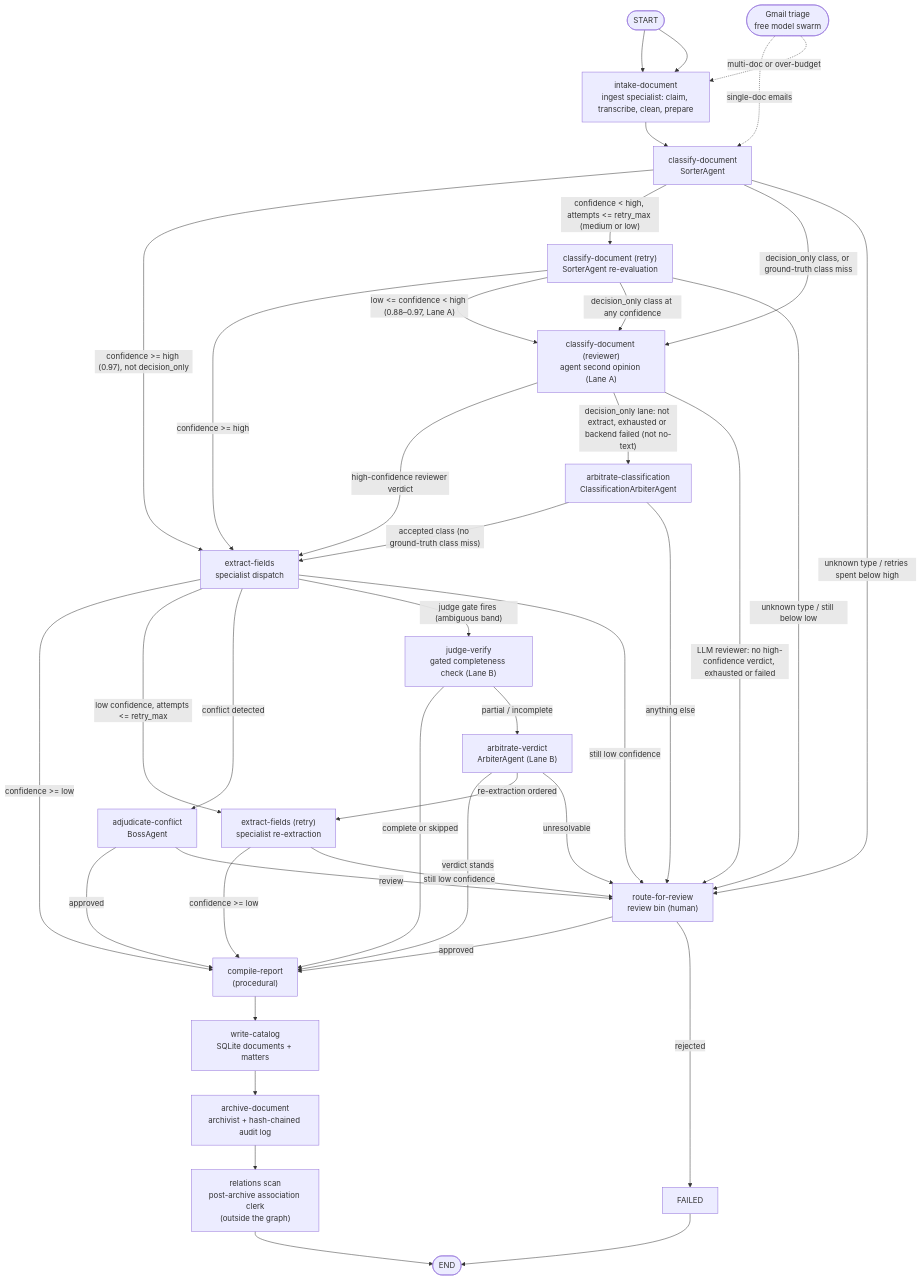
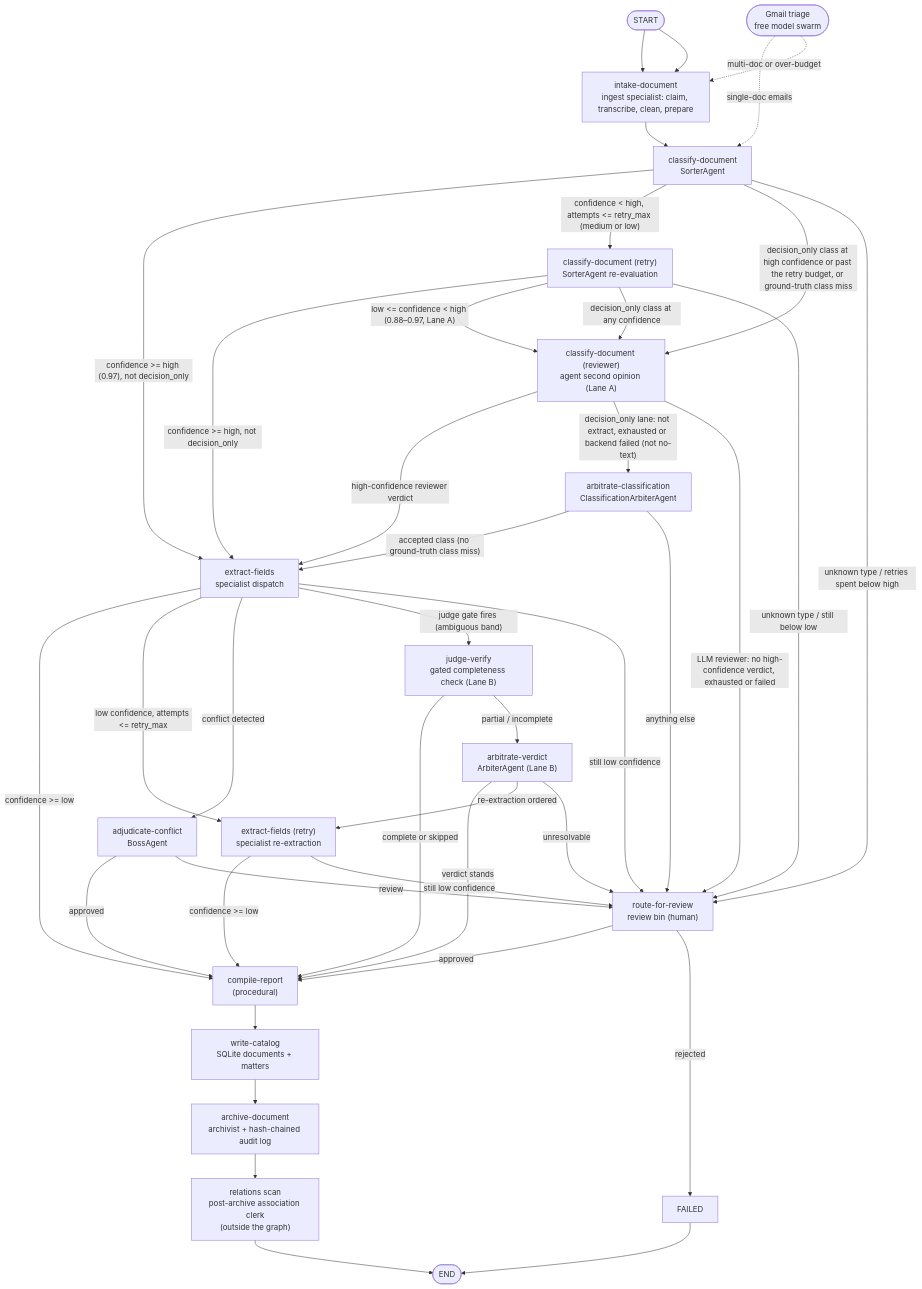
One commit to Exios66/llm-mailroom changed the first of 2 diagrams in README.md. Above: the diagram before and after it, drawn with Mermaid. The commit also changed 4 other files, not shown here.

Commit message:
docs: adversarial-review fixes (HCPCS changelog wording, happy-path scope, decision_only edges)

````diff
--- a/README.md
+++ b/README.md
@@ -285,62 +285,62 @@
 ```mermaid
 flowchart TD
     START([START]) --> INTAKE
 
     INTAKE["intake-document<br/>ingest specialist: claim, transcribe, clean, prepare"]
     CLASSIFY["classify-document<br/>SorterAgent"]
     RETRY_CLASS["classify-document (retry)<br/>SorterAgent re-evaluation"]
     REVIEW_CLASS["classify-document (reviewer)<br/>agent second opinion (Lane A)"]
     CLASS_ARBITER["arbitrate-classification<br/>ClassificationArbiterAgent"]
     EXTRACT["extract-fields<br/>specialist dispatch"]
     RETRY_EXTRACT["extract-fields (retry)<br/>specialist re-extraction"]
     JUDGE["judge-verify<br/>gated completeness check (Lane B)"]
     ARBITER["arbitrate-verdict<br/>ArbiterAgent (Lane B)"]
     BOSS["adjudicate-conflict<br/>BossAgent"]
     REVIEW["route-for-review<br/>review bin (human)"]
     REPORT["compile-report<br/>(procedural)"]
     CATALOG["write-catalog<br/>SQLite documents + matters"]
     ARCHIVE["archive-document<br/>archivist + hash-chained audit log"]
     RELATIONS["relations scan<br/>post-archive association clerk<br/>(outside the graph)"]
     FAILED["FAILED"]
     ENDX([END])
 
     START --> INTAKE
     INTAKE --> CLASSIFY
 
     CLASSIFY -- "confidence >= high (0.97), not decision_only" --> EXTRACT
     CLASSIFY -- "confidence < high, attempts <= retry_max (medium or low)" --> RETRY_CLASS
-    CLASSIFY -- "decision_only class, or ground-truth class miss" --> REVIEW_CLASS
+    CLASSIFY -- "decision_only class at high confidence or past the retry budget, or ground-truth class miss" --> REVIEW_CLASS
     CLASSIFY -- "unknown type / retries spent below high" --> REVIEW
-    RETRY_CLASS -- "confidence >= high" --> EXTRACT
+    RETRY_CLASS -- "confidence >= high, not decision_only" --> EXTRACT
     RETRY_CLASS -- "low <= confidence < high (0.88–0.97, Lane A)" --> REVIEW_CLASS
     RETRY_CLASS -- "decision_only class at any confidence" --> REVIEW_CLASS
     RETRY_CLASS -- "unknown type / still below low" --> REVIEW
     REVIEW_CLASS -- "high-confidence reviewer verdict" --> EXTRACT
     REVIEW_CLASS -- "decision_only lane: not extract, exhausted or backend failed (not no-text)" --> CLASS_ARBITER
     REVIEW_CLASS -- "LLM reviewer: no high-confidence verdict, exhausted or failed" --> REVIEW
     CLASS_ARBITER -- "accepted class (no ground-truth class miss)" --> EXTRACT
     CLASS_ARBITER -- "anything else" --> REVIEW
 
     EXTRACT -- "confidence >= low" --> REPORT
     EXTRACT -- "low confidence, attempts <= retry_max" --> RETRY_EXTRACT
     EXTRACT -- "conflict detected" --> BOSS
     EXTRACT -- "judge gate fires (ambiguous band)" --> JUDGE
     EXTRACT -- "still low confidence" --> REVIEW
     RETRY_EXTRACT -- "confidence >= low" --> REPORT
     RETRY_EXTRACT -- "still low confidence" --> REVIEW
 
     JUDGE -- "complete or skipped" --> REPORT
     JUDGE -- "partial / incomplete" --> ARBITER
     ARBITER -- "verdict stands" --> REPORT
     ARBITER -- "re-extraction ordered" --> RETRY_EXTRACT
     ARBITER -- "unresolvable" --> REVIEW
     BOSS -- "approved" --> REPORT
     BOSS -- "review" --> REVIEW
     REVIEW -- "approved" --> REPORT
     REVIEW -- "rejected" --> FAILED --> ENDX
 
     REPORT --> CATALOG --> ARCHIVE --> RELATIONS --> ENDX
 
     GMAIL([Gmail triage<br/>free model swarm]) -.->|single-doc emails| CLASSIFY
     GMAIL -.->|multi-doc or over-budget| INTAKE
 ```
````
